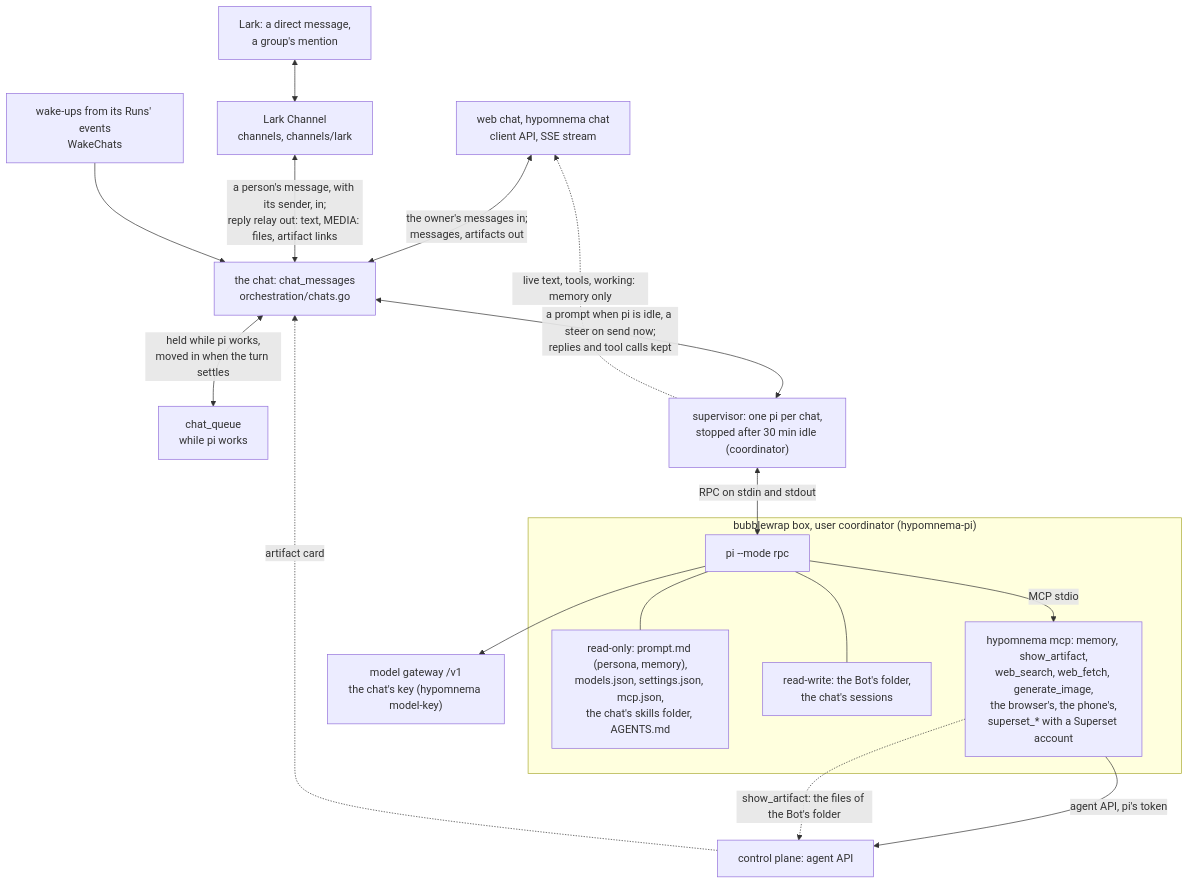
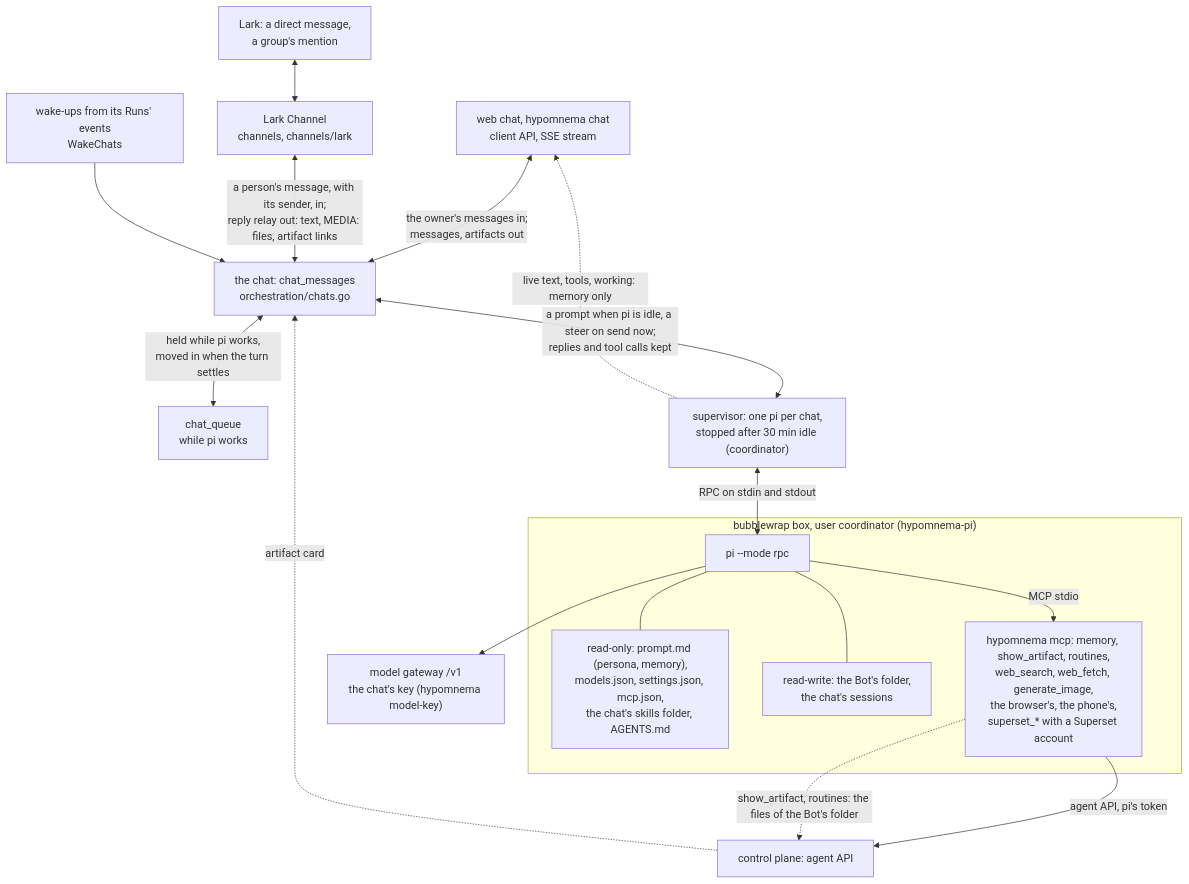
Before and after one commit to kl3inIT/hypomnema: the second of 6 diagrams in ARCHITECTURE.md, drawn with Mermaid. The commit also changed other lines of this file and 12 other files, not shown here.

````diff
--- a/ARCHITECTURE.md
+++ b/ARCHITECTURE.md
@@ -78,33 +78,33 @@
 ```mermaid
 flowchart TB
     WEB["web chat, hypomnema chat<br/>client API, SSE stream"]
     LK["Lark: a direct message,<br/>a group's mention"]
     CH["Lark Channel<br/>channels, channels/lark"]
     CHAT["the chat: chat_messages<br/>orchestration/chats.go"]
     Q["chat_queue<br/>while pi works"]
     WK["wake-ups from its Runs' events<br/>WakeChats"]
     SUP["supervisor: one pi per chat,<br/>stopped after 30 min idle (coordinator)"]
     subgraph BOX["bubblewrap box, user coordinator (hypomnema-pi)"]
         PI["pi --mode rpc"]
         RO["read-only: prompt.md (persona, memory),<br/>models.json, settings.json, mcp.json,<br/>the chat's skills folder, AGENTS.md"]
         RW["read-write: the Bot's folder,<br/>the chat's sessions"]
-        MCP["hypomnema mcp: memory, show_artifact,<br/>web_search, web_fetch, generate_image,<br/>the browser's, the phone's,<br/>superset_* with a Superset account"]
+        MCP["hypomnema mcp: memory, show_artifact, routines,<br/>web_search, web_fetch, generate_image,<br/>the browser's, the phone's,<br/>superset_* with a Superset account"]
     end
     GW["model gateway /v1<br/>the chat's key (hypomnema model-key)"]
 
     WEB <-- "the owner's messages in;<br/>messages, artifacts out" --> CHAT
     LK <--> CH
     CH <-- "a person's message, with its sender, in;<br/>reply relay out: text, MEDIA: files, artifact links" --> CHAT
     CHAT <-- "held while pi works,<br/>moved in when the turn settles" --> Q
     WK --> CHAT
     CHAT <-- "a prompt when pi is idle, a steer on send now;<br/>replies and tool calls kept" --> SUP
     SUP <-- "RPC on stdin and stdout" --> PI
     SUP -. "live text, tools, working: memory only" .-> WEB
     PI --- RO
     PI --- RW
     PI -- "MCP stdio" --> MCP
     MCP -- "agent API, pi's token" --> CP["control plane: agent API"]
     PI --> GW
-    MCP -. "show_artifact: the files of the Bot's folder" .-> CP
+    MCP -. "show_artifact, routines: the files of the Bot's folder" .-> CP
     CP -. "artifact card" .-> CHAT
 ```
````
